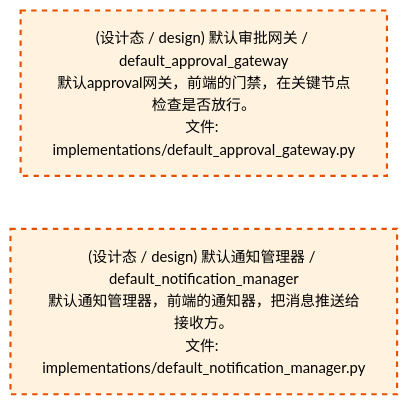
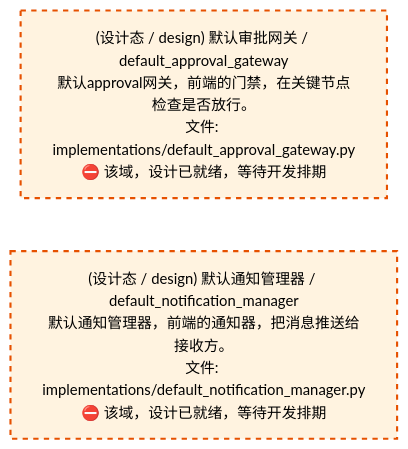
The third of 4 diagrams in docs/02_enterprise_architecture/02_domain_architecture_docs/47_d_frontend.md (xuanFelixVan/ZephyrAlpha), drawn with Mermaid before and after one commit. The commit also changed other lines of this file and 50 other files, not shown here.

````diff
--- a/docs/02_enterprise_architecture/02_domain_architecture_docs/47_d_frontend.md
+++ b/docs/02_enterprise_architecture/02_domain_architecture_docs/47_d_frontend.md
@@ -177,12 +177,12 @@
 ```mermaid
 %%{init: {'theme': 'base', 'themeVariables': {'primaryColor': '#eaeaea', 'primaryTextColor': '#333333', 'primaryBorderColor': '#666666', 'lineColor': '#666666', 'secondaryColor': '#eaeaea', 'tertiaryColor': '#eaeaea', 'fontSize': '14px'}}}%%
 flowchart TD
-    src_zephyr_frontend_implementations_default_approval_gateway_py["(设计态 / design) 默认审批网关 / default_approval_gateway<br/>默认approval网关，前端的门禁，在关键节点检查是否放行。<br/>文件: implementations/default_approval_gateway.py"]
-    src_zephyr_frontend_implementations_default_notification_manager_py["(设计态 / design) 默认通知管理器 / default_notification_manager<br/>默认通知管理器，前端的通知器，把消息推送给接收方。<br/>文件: implementations/default_notification_manager.py"]
+    src_zephyr_frontend_implementations_default_approval_gateway_py["(设计态 / design) 默认审批网关 / default_approval_gateway<br/>默认approval网关，前端的门禁，在关键节点检查是否放行。<br/>文件: implementations/default_approval_gateway.py<br/>⛔ 该域，设计已就绪，等待开发排期"]
+    src_zephyr_frontend_implementations_default_notification_manager_py["(设计态 / design) 默认通知管理器 / default_notification_manager<br/>默认通知管理器，前端的通知器，把消息推送给接收方。<br/>文件: implementations/default_notification_manager.py<br/>⛔ 该域，设计已就绪，等待开发排期"]
     src_zephyr_frontend_implementations_default_approval_gateway_py ~~~ src_zephyr_frontend_implementations_default_notification_manager_py
     classDef production fill:#e1f5fe,stroke:#01579b,stroke-width:2px,color:#000
     classDef design fill:#fff3e0,stroke:#e65100,stroke-width:2px,color:#000,stroke-dasharray: 5 5
     classDef external_prod fill:#e8f4fd,stroke:#0277bd,stroke-width:1px,color:#000
     classDef external_design fill:#fff8e7,stroke:#ef6c00,stroke-width:1px,color:#000,stroke-dasharray: 5 5
     class src_zephyr_frontend_implementations_default_approval_gateway_py,src_zephyr_frontend_implementations_default_notification_manager_py design
 ```
````
